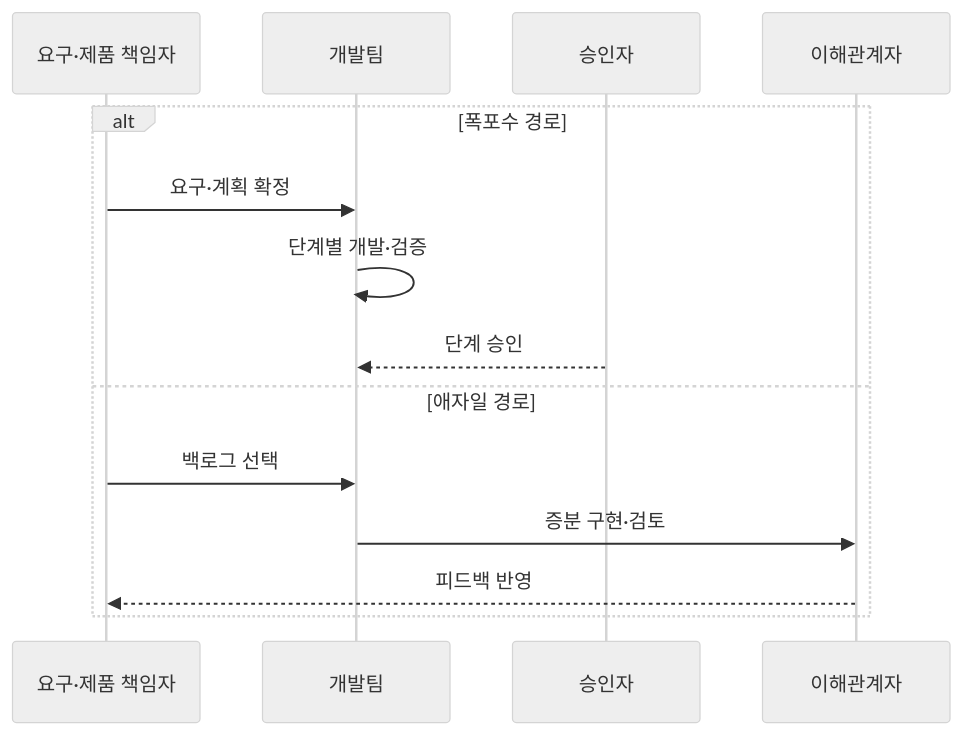
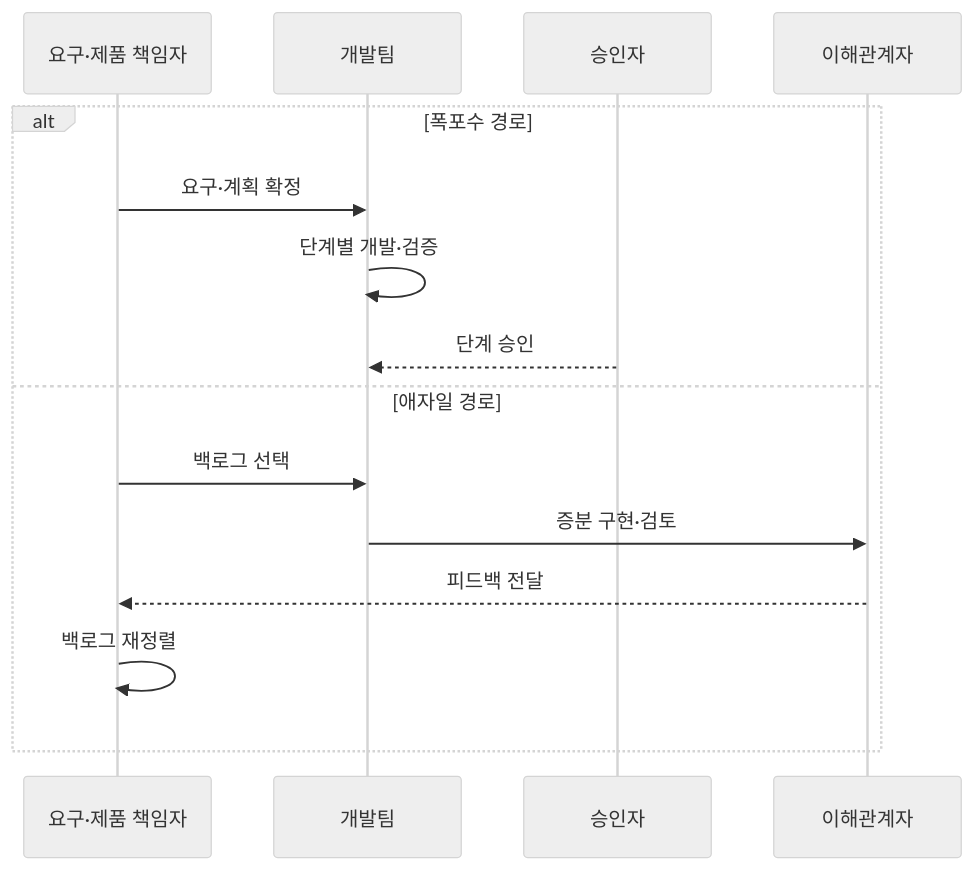
One commit to agnusdei1207/knowledge-base changed the second of 2 diagrams in src/content/docs/notes/03-software/031_waterfall_vs_agile.md. Above: the diagram before and after it, drawn with Mermaid (neutral theme). The commit also changed other lines of this file and 27 other files, not shown here.

````diff
--- a/src/content/docs/notes/03-software/031_waterfall_vs_agile.md
+++ b/src/content/docs/notes/03-software/031_waterfall_vs_agile.md
@@ -91,16 +91,17 @@
 ```mermaid
 sequenceDiagram
     participant O as 요구·제품 책임자
     participant D as 개발팀
     participant A as 승인자
     participant S as 이해관계자
     alt 폭포수 경로
         O->>D: 요구·계획 확정
         D->>D: 단계별 개발·검증
         A-->>D: 단계 승인
     else 애자일 경로
         O->>D: 백로그 선택
         D->>S: 증분 구현·검토
-        S-->>O: 피드백 반영
+        S-->>O: 피드백 전달
+        O->>O: 백로그 재정렬
     end
 ```
````
